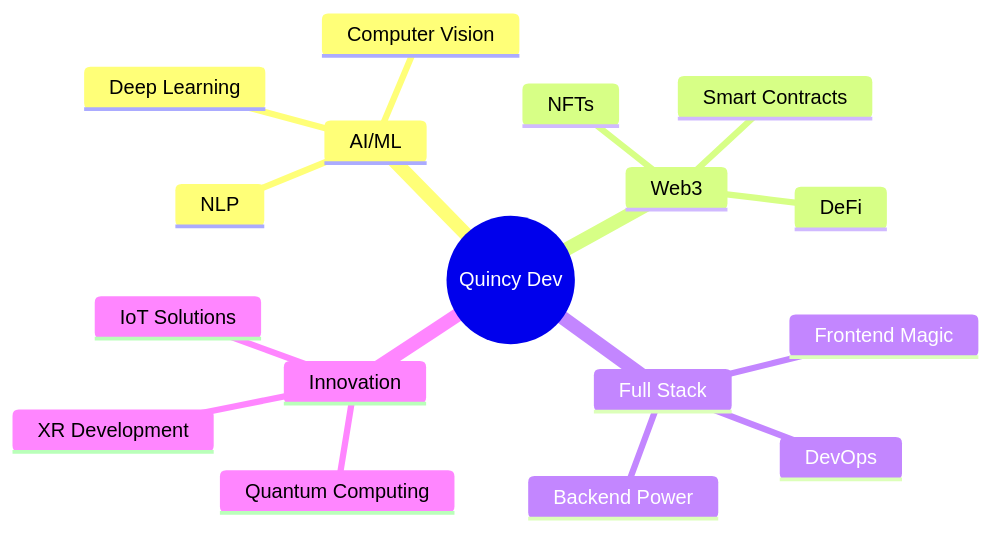
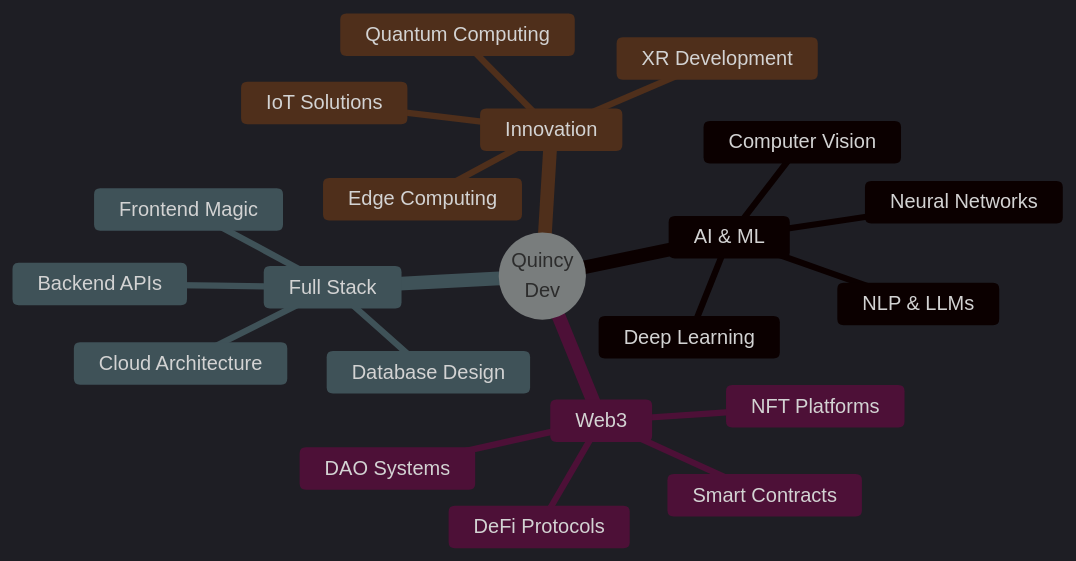
The diagram in README.md (quincy-dev/quincy-dev), drawn with Mermaid before and after one commit. The commit also changed other lines of this file, not shown here.

````diff
--- a/README.md
+++ b/README.md
@@ -200,20 +300,25 @@
 ```mermaid
+%%{init: {'theme':'dark'}}%%
 mindmap
-  root((Quincy Dev))
-    AI/ML
+  root((Quincy<br/>Dev))
+    AI & ML
       Deep Learning
       Computer Vision
-      NLP
+      NLP & LLMs
+      Neural Networks
     Web3
       Smart Contracts
-      DeFi
-      NFTs
+      DeFi Protocols
+      NFT Platforms
+      DAO Systems
     Full Stack
       Frontend Magic
-      Backend Power
-      DevOps
+      Backend APIs
+      Database Design
+      Cloud Architecture
     Innovation
       Quantum Computing
       XR Development
       IoT Solutions
+      Edge Computing
 ```
````
